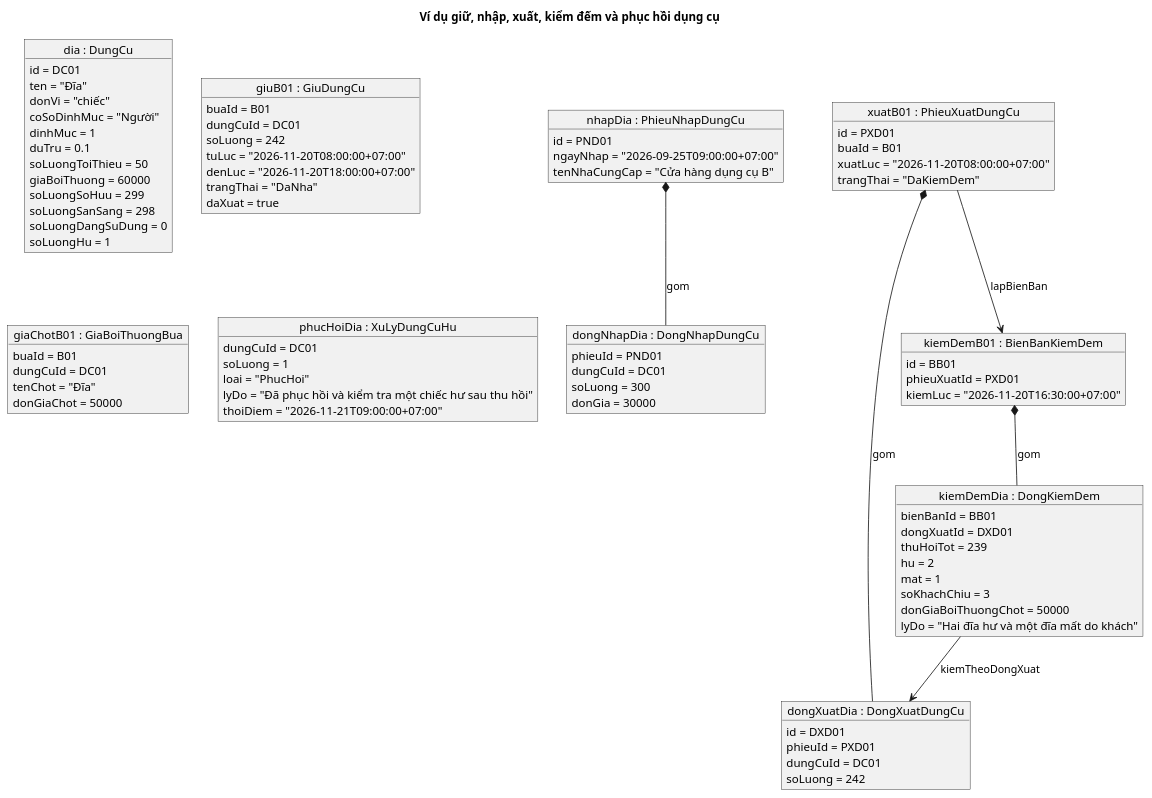
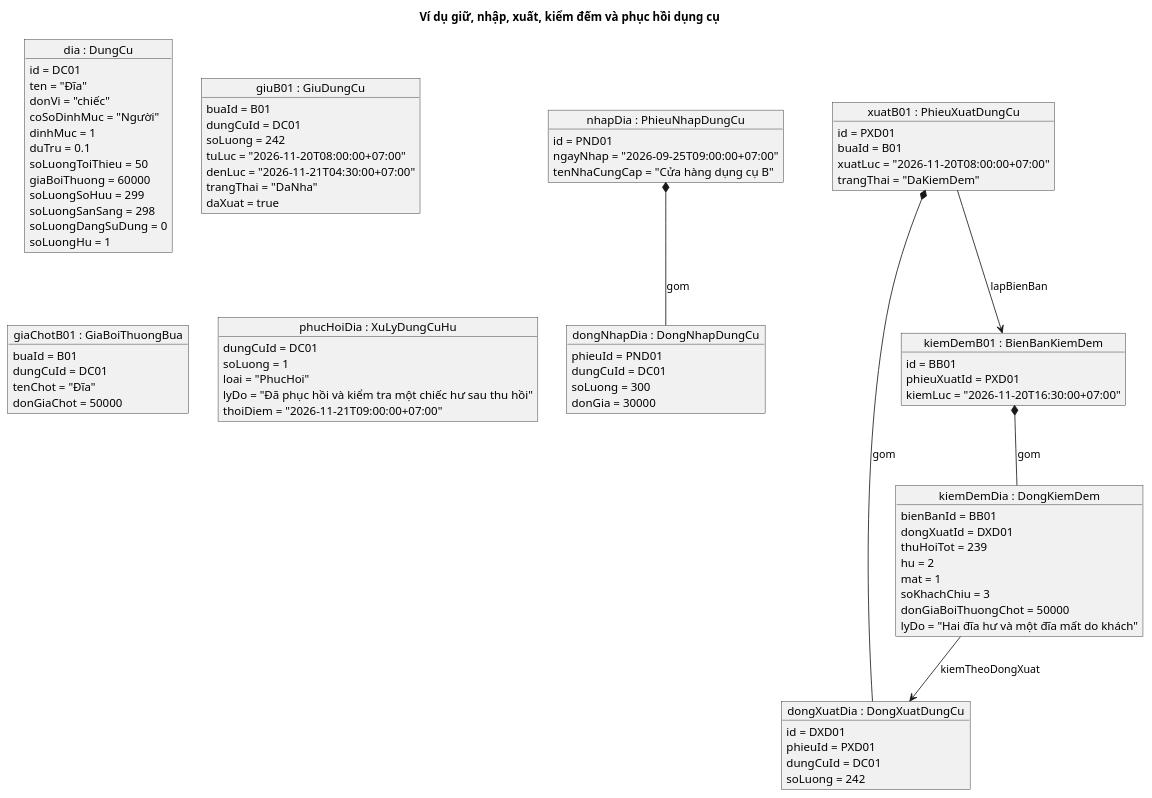
Before and after one commit to mastercookvn/mastercookvn: the eighth of 10 diagrams in docs/src/mo-hinh/mo-hinh-lop-class.md, drawn with PlantUML. The commit also changed other lines of this file and 23 other files, not shown here.

```diff
--- a/docs/src/mo-hinh/mo-hinh-lop-class.md
+++ b/docs/src/mo-hinh/mo-hinh-lop-class.md
@@ -1512,7 +1543,7 @@
   dungCuId = DC01
   soLuong = 242
   tuLuc = "2026-11-20T08:00:00+07:00"
-  denLuc = "2026-11-20T18:00:00+07:00"
+  denLuc = "2026-11-21T04:30:00+07:00"
   trangThai = "DaNha"
   daXuat = true
 }
```
